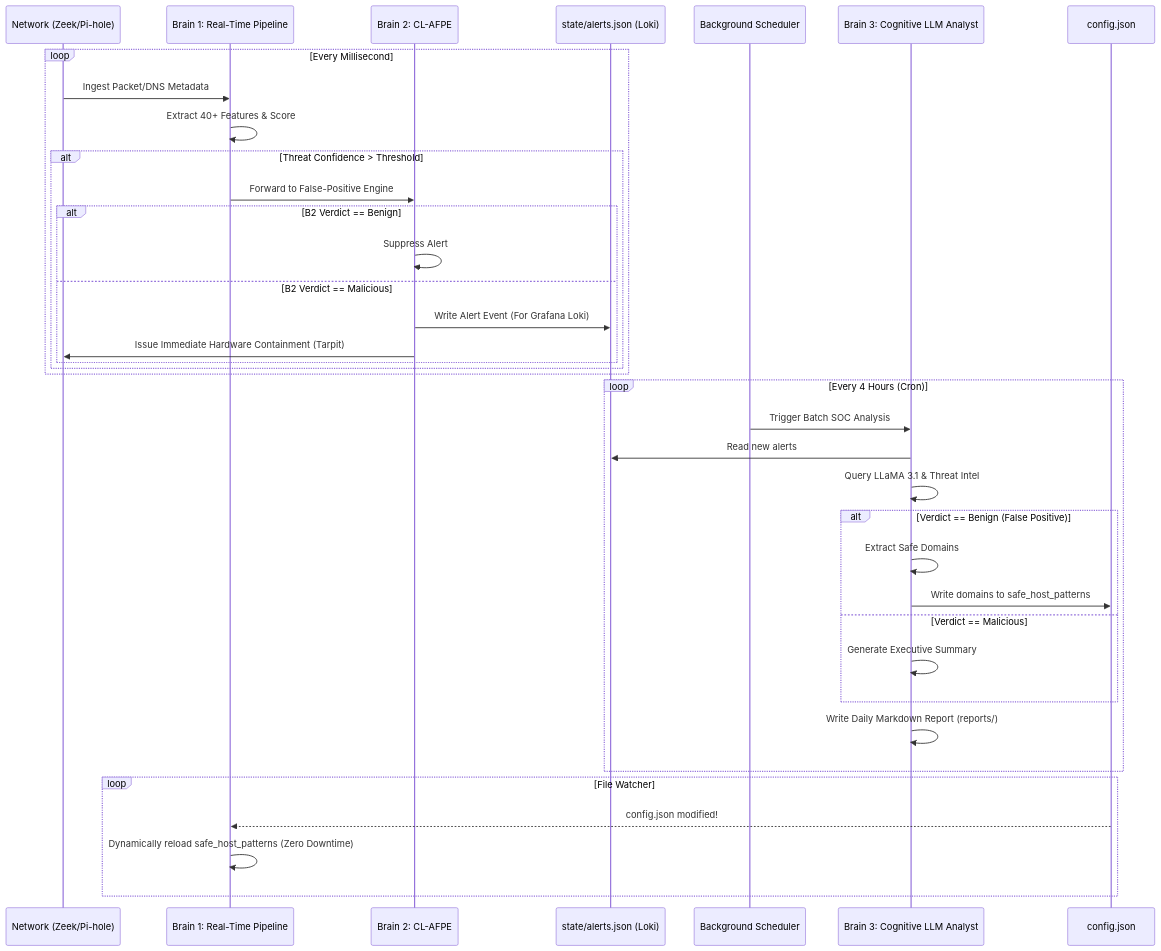
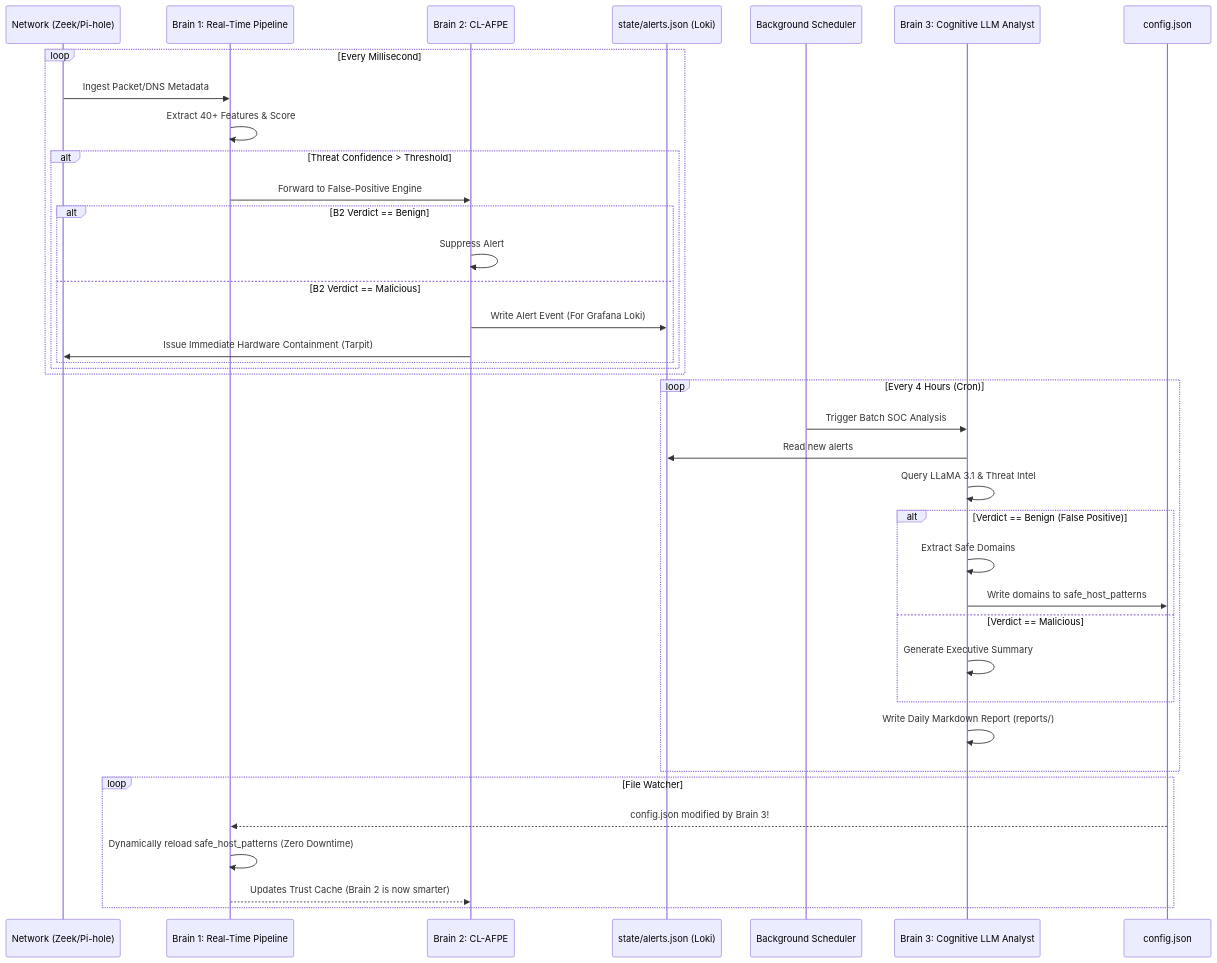
Before and after one commit to gsaket-sky/home-ids: the diagram in USER_MANUAL.md, drawn with Mermaid.

Commit message:
Update swimlane diagram to show Brain 3 training Brain 2

````diff
--- a/USER_MANUAL.md
+++ b/USER_MANUAL.md
@@ -43,45 +43,46 @@
 ```mermaid
 sequenceDiagram
     participant Net as Network (Zeek/Pi-hole)
     participant B1 as Brain 1: Real-Time Pipeline
     participant B2 as Brain 2: CL-AFPE
     participant Alert as state/alerts.json (Loki)
     participant Sched as Background Scheduler
     participant B3 as Brain 3: Cognitive LLM Analyst
     participant Cfg as config.json
 
     %% Real-time flow
     loop Every Millisecond
         Net->>B1: Ingest Packet/DNS Metadata
         B1->>B1: Extract 40+ Features & Score
         alt Threat Confidence > Threshold
             B1->>B2: Forward to False-Positive Engine
             alt B2 Verdict == Benign
                 B2->>B2: Suppress Alert
             else B2 Verdict == Malicious
                 B2->>Alert: Write Alert Event (For Grafana Loki)
                 B2->>Net: Issue Immediate Hardware Containment (Tarpit)
             end
         end
     end
 
     %% Background Scheduled Flow
     loop Every 4 Hours (Cron)
         Sched->>B3: Trigger Batch SOC Analysis
         B3->>Alert: Read new alerts
         B3->>B3: Query LLaMA 3.1 & Threat Intel
         alt Verdict == Benign (False Positive)
             B3->>B3: Extract Safe Domains
             B3->>Cfg: Write domains to safe_host_patterns
         else Verdict == Malicious
             B3->>B3: Generate Executive Summary
         end
         B3->>B3: Write Daily Markdown Report (reports/)
     end
 
-    %% Configuration Live Reload
+    %% Configuration Live Reload (Brain 3 Training Brain 1 & 2)
     loop File Watcher
-        Cfg-->>B1: config.json modified!
+        Cfg-->>B1: config.json modified by Brain 3!
         B1->>B1: Dynamically reload safe_host_patterns (Zero Downtime)
+        B1-->>B2: Updates Trust Cache (Brain 2 is now smarter)
     end
 ```
````
